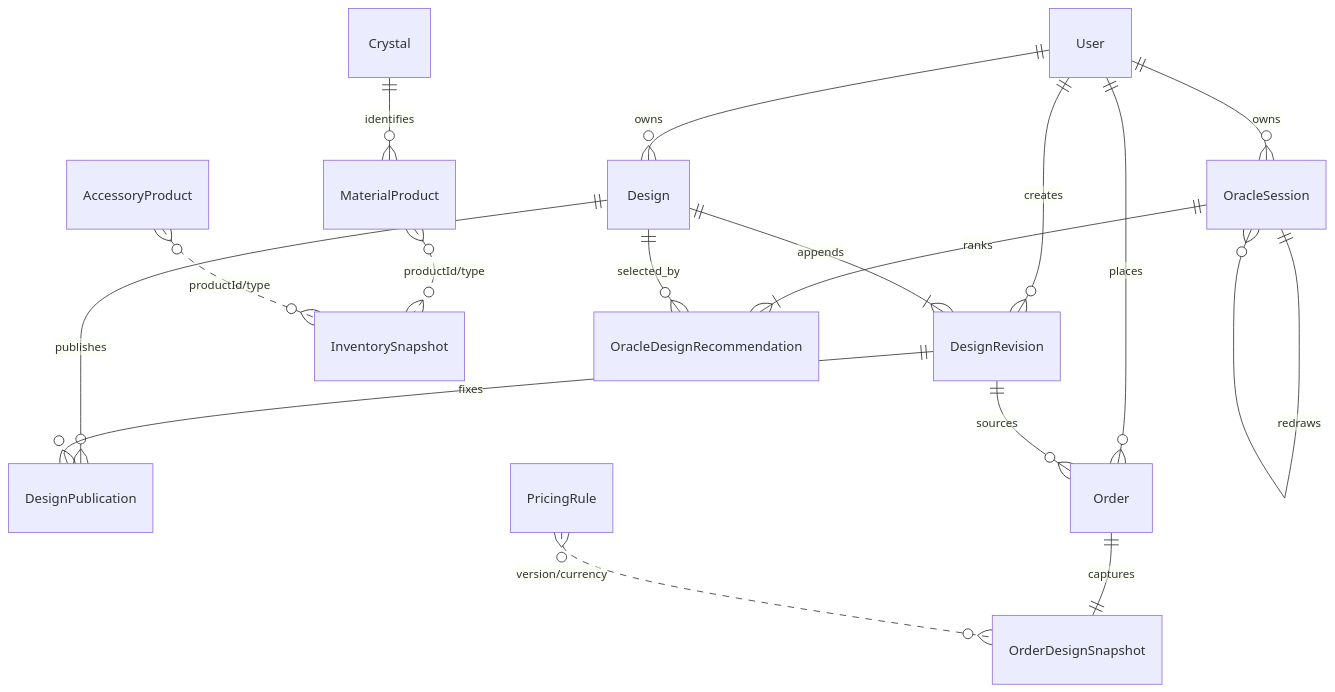
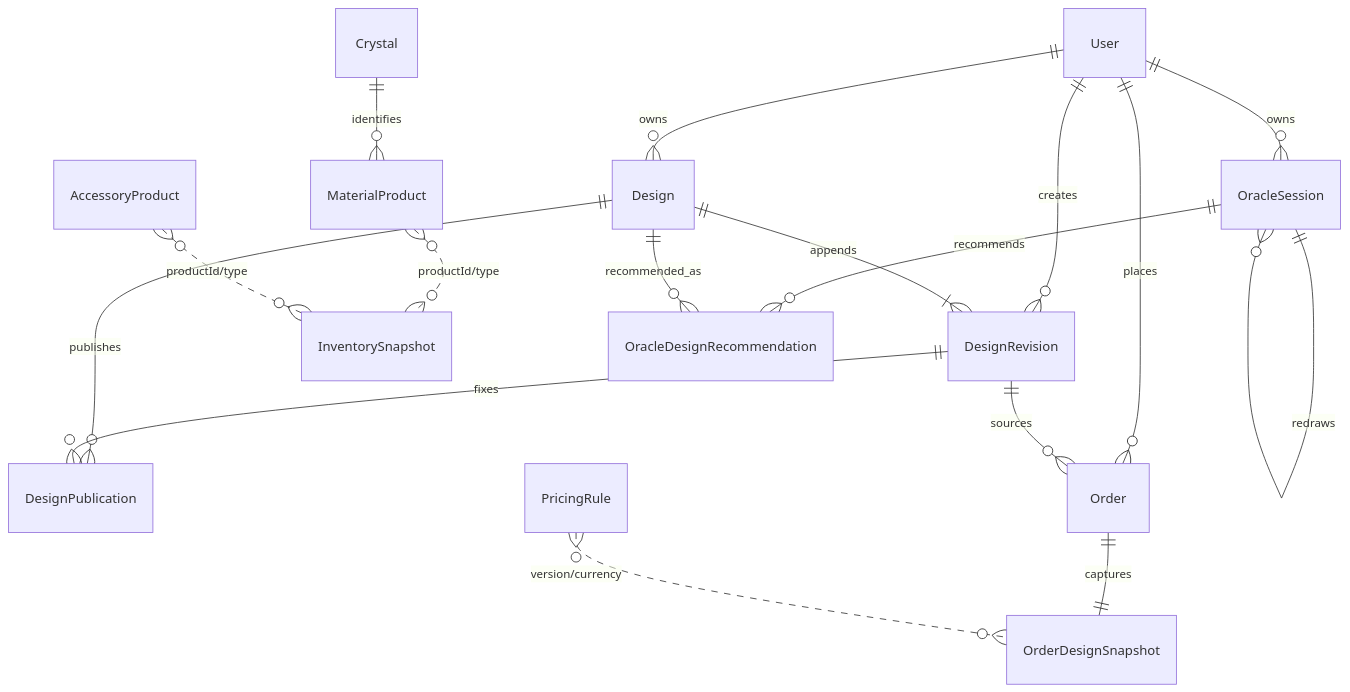
One commit to Jayce-Chan-iot/mystcrag changed the diagram in docs/PERSISTENCE_MODEL_V1.md. Above: the diagram before and after it, drawn with Mermaid. The commit also changed 5 other files, not shown here.

````diff
--- a/docs/PERSISTENCE_MODEL_V1.md
+++ b/docs/PERSISTENCE_MODEL_V1.md
@@ -8,19 +8,19 @@
 ```mermaid
 erDiagram
   User ||--o{ Design : owns
   User ||--o{ DesignRevision : creates
   Design ||--|{ DesignRevision : appends
   Design ||--o{ DesignPublication : publishes
   DesignRevision ||--o{ DesignPublication : fixes
   User ||--o{ Order : places
   DesignRevision ||--o{ Order : sources
   Order ||--|| OrderDesignSnapshot : captures
   Crystal ||--o{ MaterialProduct : identifies
   MaterialProduct }o..o{ InventorySnapshot : "productId/type"
   AccessoryProduct }o..o{ InventorySnapshot : "productId/type"
   PricingRule }o..o{ OrderDesignSnapshot : "version/currency"
   User ||--o{ OracleSession : owns
   OracleSession ||--o{ OracleSession : redraws
-  OracleSession ||--|{ OracleDesignRecommendation : ranks
-  Design ||--o{ OracleDesignRecommendation : selected_by
+  OracleSession ||--o{ OracleDesignRecommendation : recommends
+  Design ||--o{ OracleDesignRecommendation : recommended_as
 ```
````
